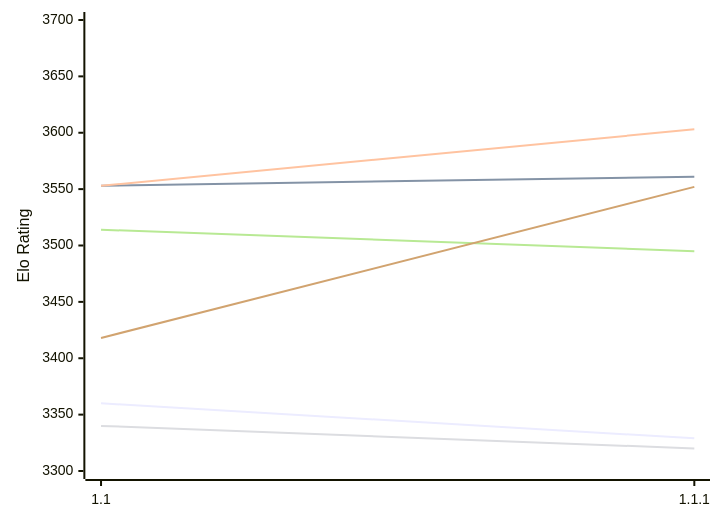
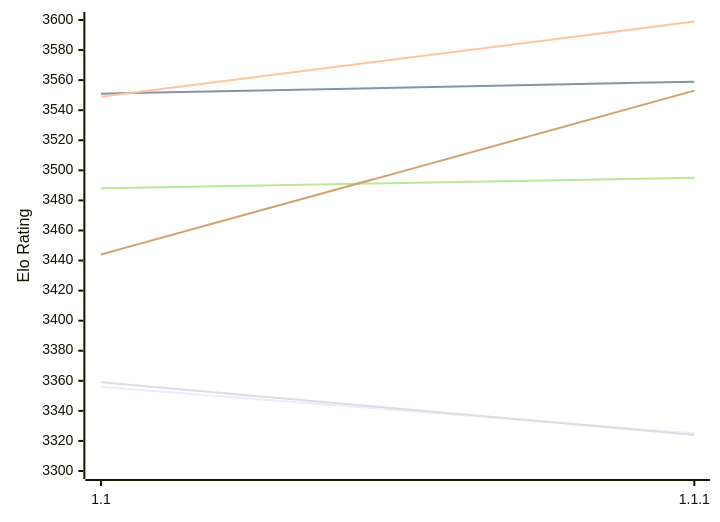
Before and after one commit to computer-chess-index/cci: the first of 2 diagrams in engines/Icarus.md, drawn with Mermaid. The commit also changed other lines of this file, not shown here.

Commit message:
Update CCI Ratings (ELO VLTC) - 2026-11-21

````diff
--- a/engines/Icarus.md
+++ b/engines/Icarus.md
@@ -51,12 +51,12 @@
 ```mermaid
 %%{init: {"theme":"base","themeVariables":{"seriesColors:['#a3a3a3','#222221','#faa371']}}}%%
 xychart-beta
   x-axis ["1.1", "1.1.1"]
-  y-axis "Elo Rating" 3300 --> 3700
-  line "E1: STC (8.0+0.08s)" [3360, 3329]
-  line "E1: LTC (60.0+0.60s)" [3553, 3561]
-  line "E1: VLTC (2m24s+1.12s)" [3553, 3603]
-  line "P1: STC (8.0+0.08s)" [3340, 3320]
-  line "P1: LTC (60.0+0.60s)" [3514, 3495]
-  line "P1: VLTC (2m24s+1.12s)" [3418, 3552]
+  y-axis "Elo Rating" 3300 --> 3600
+  line "E1: STC (8.0+0.08s)" [3356, 3325]
+  line "E1: LTC (60.0+0.60s)" [3551, 3559]
+  line "E1: VLTC (2m24s+1.12s)" [3549, 3599]
+  line "P1: STC (8.0+0.08s)" [3359, 3324]
+  line "P1: LTC (60.0+0.60s)" [3488, 3495]
+  line "P1: VLTC (2m24s+1.12s)" [3444, 3553]
 ```
````
